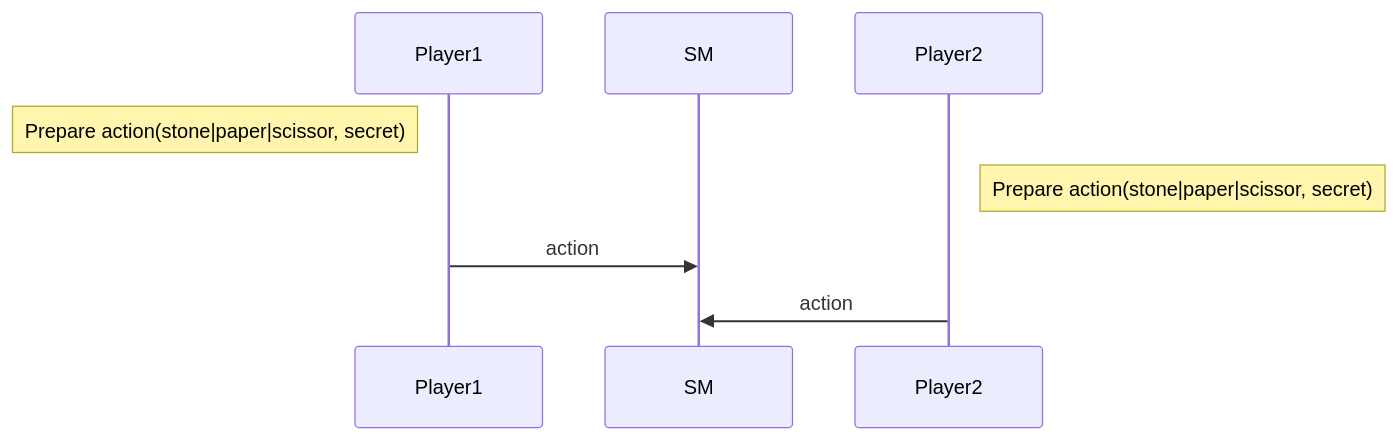
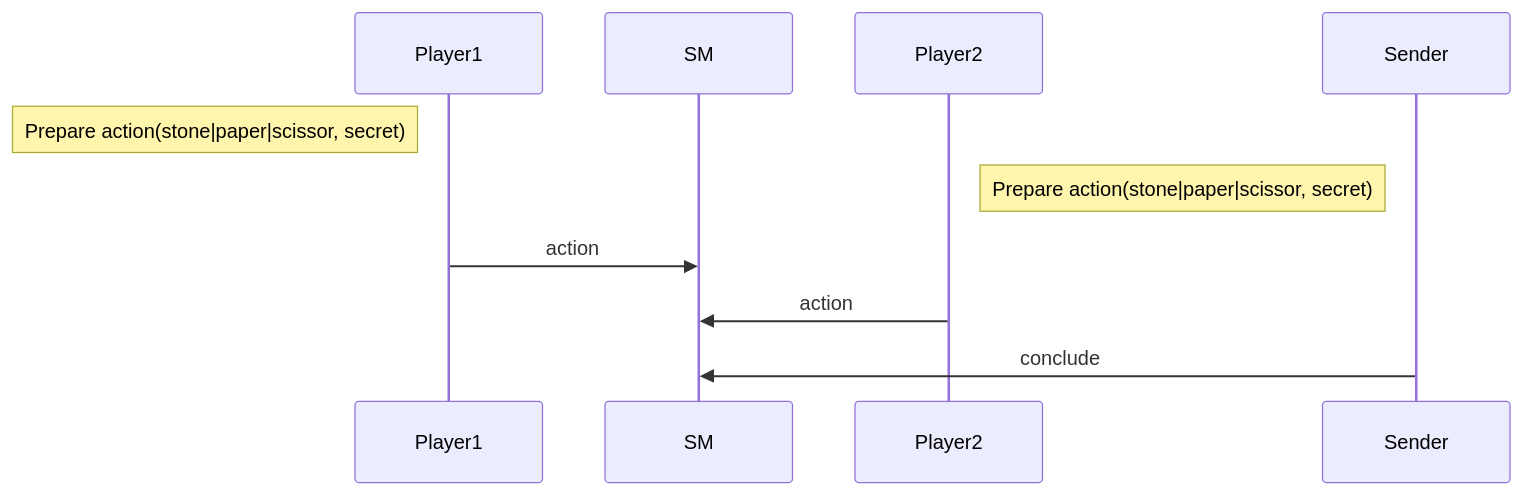
One commit to ligolang/jsligo-training-dapp-shifumi changed the first of 6 diagrams in v1/README.md. Above: the diagram before and after it, drawn with Mermaid. The commit also changed other lines of this file and 9 other files, not shown here.

````diff
--- a/v1/README.md
+++ b/v1/README.md
@@ -18,10 +19,12 @@
 ```mermaid
 sequenceDiagram
   participant Player1
   participant SM
   participant Player2
+  participant Sender
   Note left of Player1: Prepare action(stone|paper|scissor, secret)
   Note right of Player2: Prepare action(stone|paper|scissor, secret)
   Player1->>SM: action
   Player2->>SM: action
+  Sender->>SM: conclude
 ```
````
